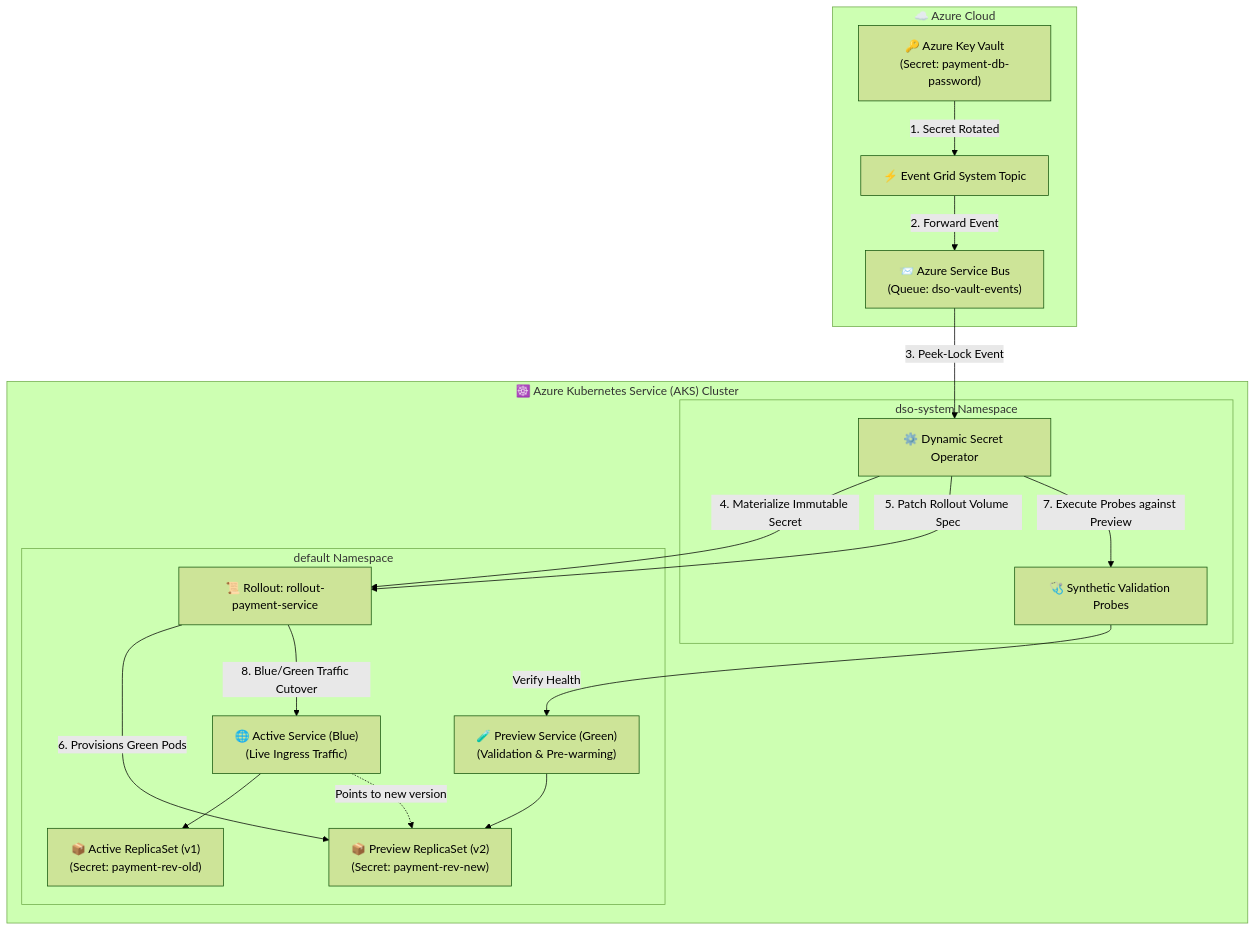
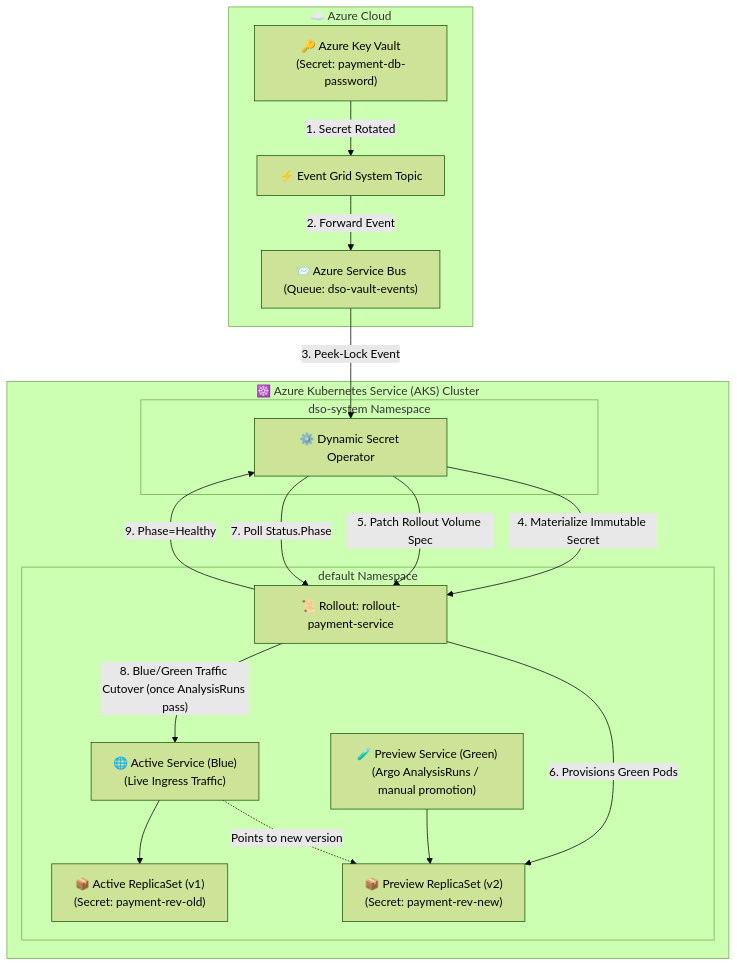
The diagram in examples/aks/argo-rollouts-blue-green/README.md (quantumsys-dev/dynamic-secret-operator), drawn with Mermaid (forest theme) before and after one commit. The commit also changed other lines of this file and 6 other files, not shown here.

````diff
--- a/examples/aks/argo-rollouts-blue-green/README.md
+++ b/examples/aks/argo-rollouts-blue-green/README.md
@@ -14,37 +18,36 @@
 ```mermaid
 flowchart TD
     subgraph AzureCloud ["☁️ Azure Cloud"]
         AKV["🔑 Azure Key Vault<br/>(Secret: payment-db-password)"]
         EG["⚡ Event Grid System Topic"]
         ASB["📨 Azure Service Bus<br/>(Queue: dso-vault-events)"]
     end
 
     subgraph AKS ["☸️ Azure Kubernetes Service (AKS) Cluster"]
         subgraph DSOSystem ["dso-system Namespace"]
             DSO["⚙️ Dynamic Secret Operator"]
-            PROBE["🩺 Synthetic Validation Probes"]
         end
 
         subgraph ArgoRollouts ["default Namespace"]
             ROLLOUT["📜 Rollout: rollout-payment-service"]
             ACTIVE_SVC["🌐 Active Service (Blue)<br/>(Live Ingress Traffic)"]
-            PREVIEW_SVC["🧪 Preview Service (Green)<br/>(Validation & Pre-warming)"]
+            PREVIEW_SVC["🧪 Preview Service (Green)<br/>(Argo AnalysisRuns / manual promotion)"]
             
             RS_OLD["📦 Active ReplicaSet (v1)<br/>(Secret: payment-rev-old)"]
             RS_NEW["📦 Preview ReplicaSet (v2)<br/>(Secret: payment-rev-new)"]
         end
     end
 
     AKV -->|"1. Secret Rotated"| EG
     EG -->|"2. Forward Event"| ASB
     ASB -->|"3. Peek-Lock Event"| DSO
     DSO -->|"4. Materialize Immutable Secret"| ROLLOUT
     DSO -->|"5. Patch Rollout Volume Spec"| ROLLOUT
     ROLLOUT -->|"6. Provisions Green Pods"| RS_NEW
     PREVIEW_SVC --> RS_NEW
     ACTIVE_SVC --> RS_OLD
-    DSO -->|"7. Execute Probes against Preview"| PROBE
-    PROBE -->|"Verify Health"| PREVIEW_SVC
-    ROLLOUT -->|"8. Blue/Green Traffic Cutover"| ACTIVE_SVC
+    DSO -->|"7. Poll Status.Phase"| ROLLOUT
+    ROLLOUT -->|"8. Blue/Green Traffic Cutover (once AnalysisRuns pass)"| ACTIVE_SVC
     ACTIVE_SVC -.->|"Points to new version"| RS_NEW
+    ROLLOUT -->|"9. Phase=Healthy"| DSO
 ```
````
